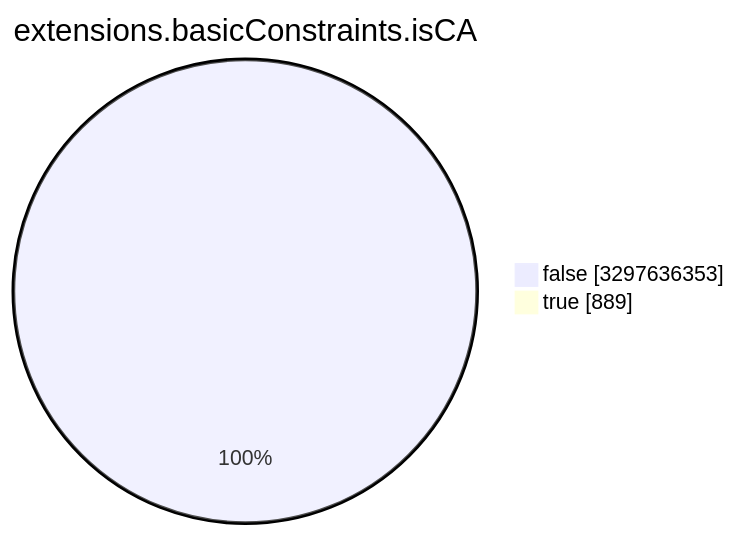
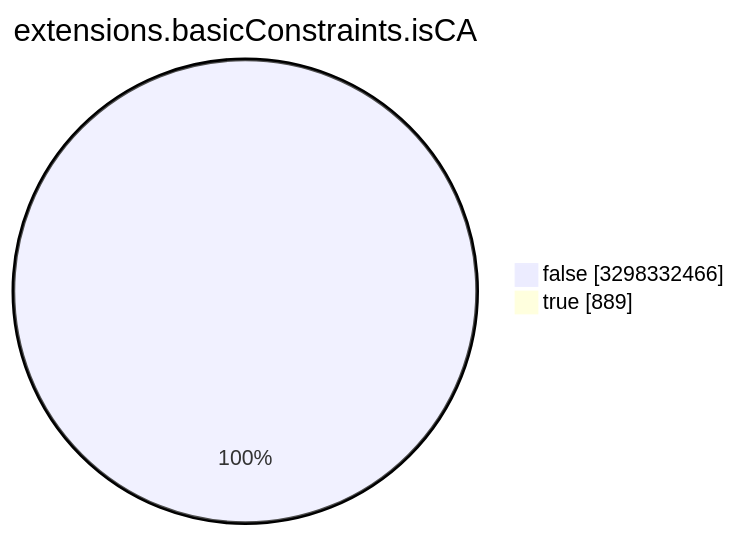
Before and after one commit to christiankrug/ctmonitor_visualization: the seventh of 15 diagrams in TOTAL/README.md, drawn with Mermaid. The commit also changed other lines of this file, not shown here.

````diff
--- a/TOTAL/README.md
+++ b/TOTAL/README.md
@@ -3089,6 +3089,6 @@
 ```mermaid
 pie showData
 title extensions.basicConstraints.isCA
-"false" :3297636353
+"false" :3298332466
 "true" :889
 ```
````
